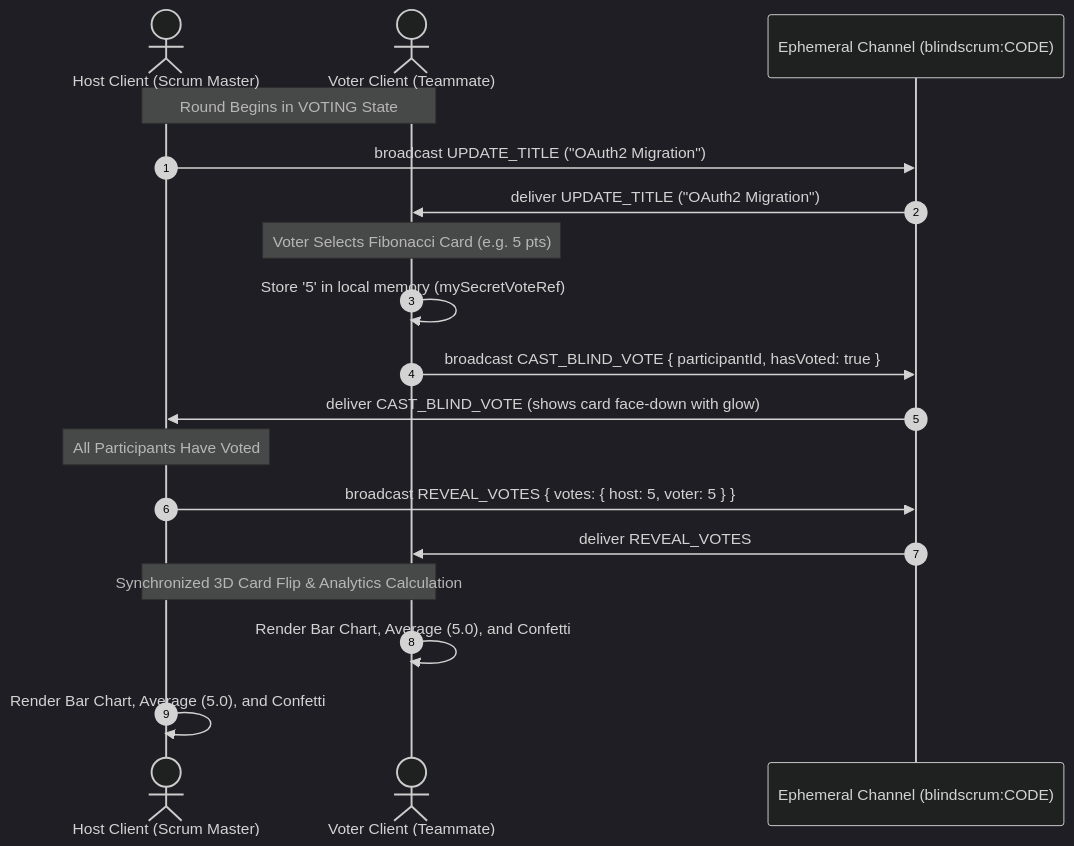
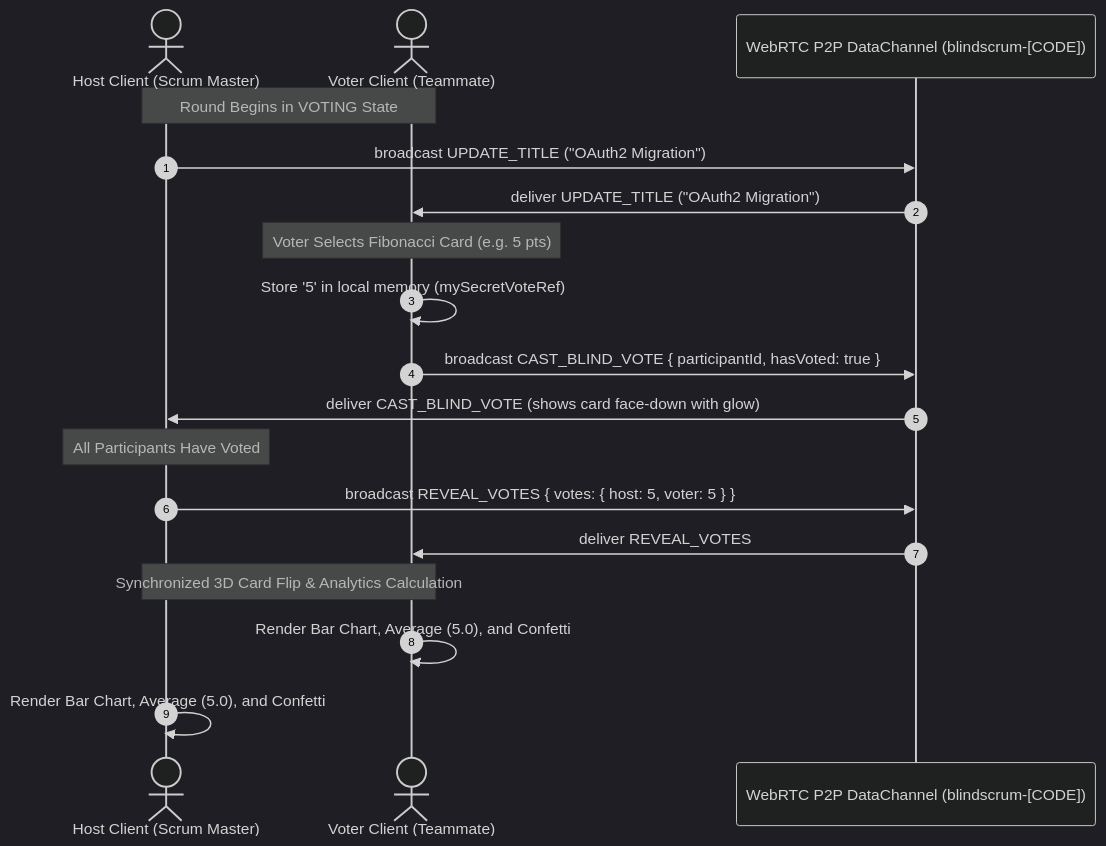
The third of 6 diagrams in docs/architecture.md (kxnghans/blindscrum), drawn with Mermaid (dark theme) before and after one commit. The commit also changed other lines of this file and 17 other files, not shown here.

Commit message:
feat: migrate to serverless WebRTC P2P and deploy to Vercel production

````diff
--- a/docs/architecture.md
+++ b/docs/architecture.md
@@ -101,24 +101,24 @@
 ```mermaid
 sequenceDiagram
     autonumber
     actor Host as Host Client (Scrum Master)
     actor Voter as Voter Client (Teammate)
-    participant Channel as Ephemeral Channel (blindscrum:CODE)
+    participant Channel as WebRTC P2P DataChannel (blindscrum-[CODE])
 
     Note over Host, Voter: Round Begins in VOTING State
     Host->>Channel: broadcast UPDATE_TITLE ("OAuth2 Migration")
     Channel->>Voter: deliver UPDATE_TITLE ("OAuth2 Migration")
 
     Note over Voter: Voter Selects Fibonacci Card (e.g. 5 pts)
     Voter->>Voter: Store '5' in local memory (mySecretVoteRef)
     Voter->>Channel: broadcast CAST_BLIND_VOTE { participantId, hasVoted: true }
     Channel->>Host: deliver CAST_BLIND_VOTE (shows card face-down with glow)
 
     Note over Host: All Participants Have Voted
     Host->>Channel: broadcast REVEAL_VOTES { votes: { host: 5, voter: 5 } }
     Channel->>Voter: deliver REVEAL_VOTES
 
     Note over Host, Voter: Synchronized 3D Card Flip & Analytics Calculation
     Voter->>Voter: Render Bar Chart, Average (5.0), and Confetti
     Host->>Host: Render Bar Chart, Average (5.0), and Confetti
 ```
````
